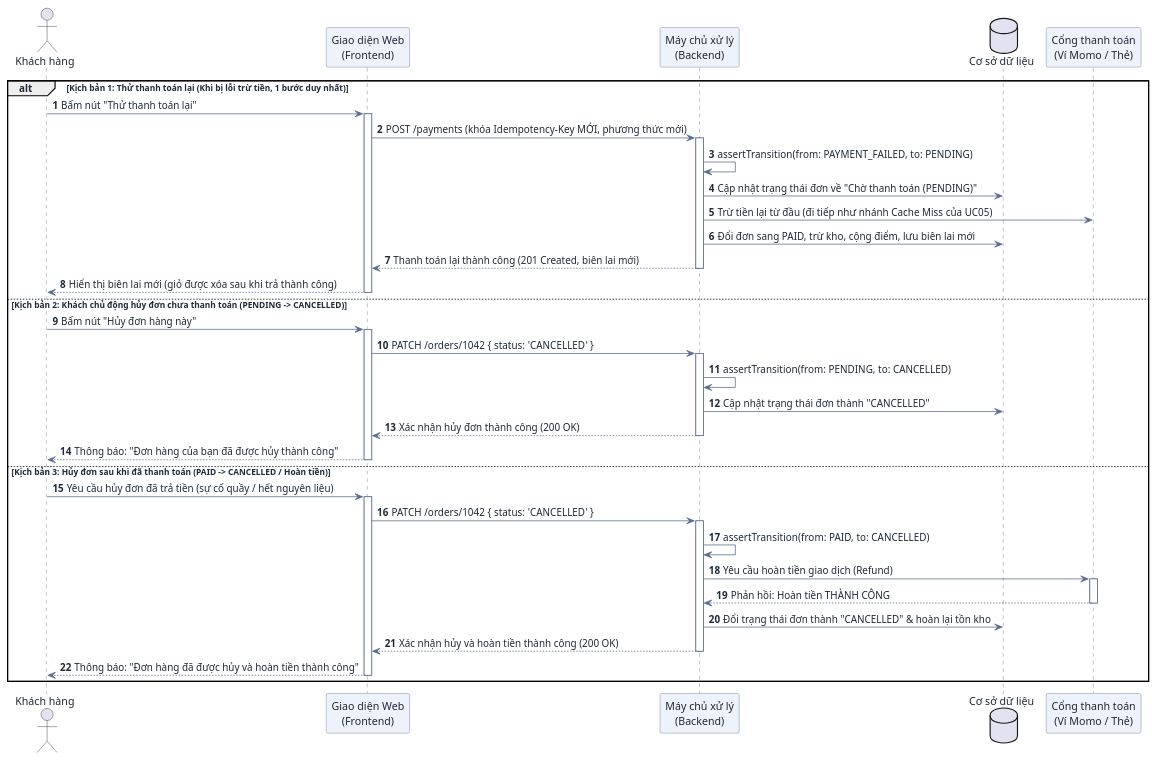
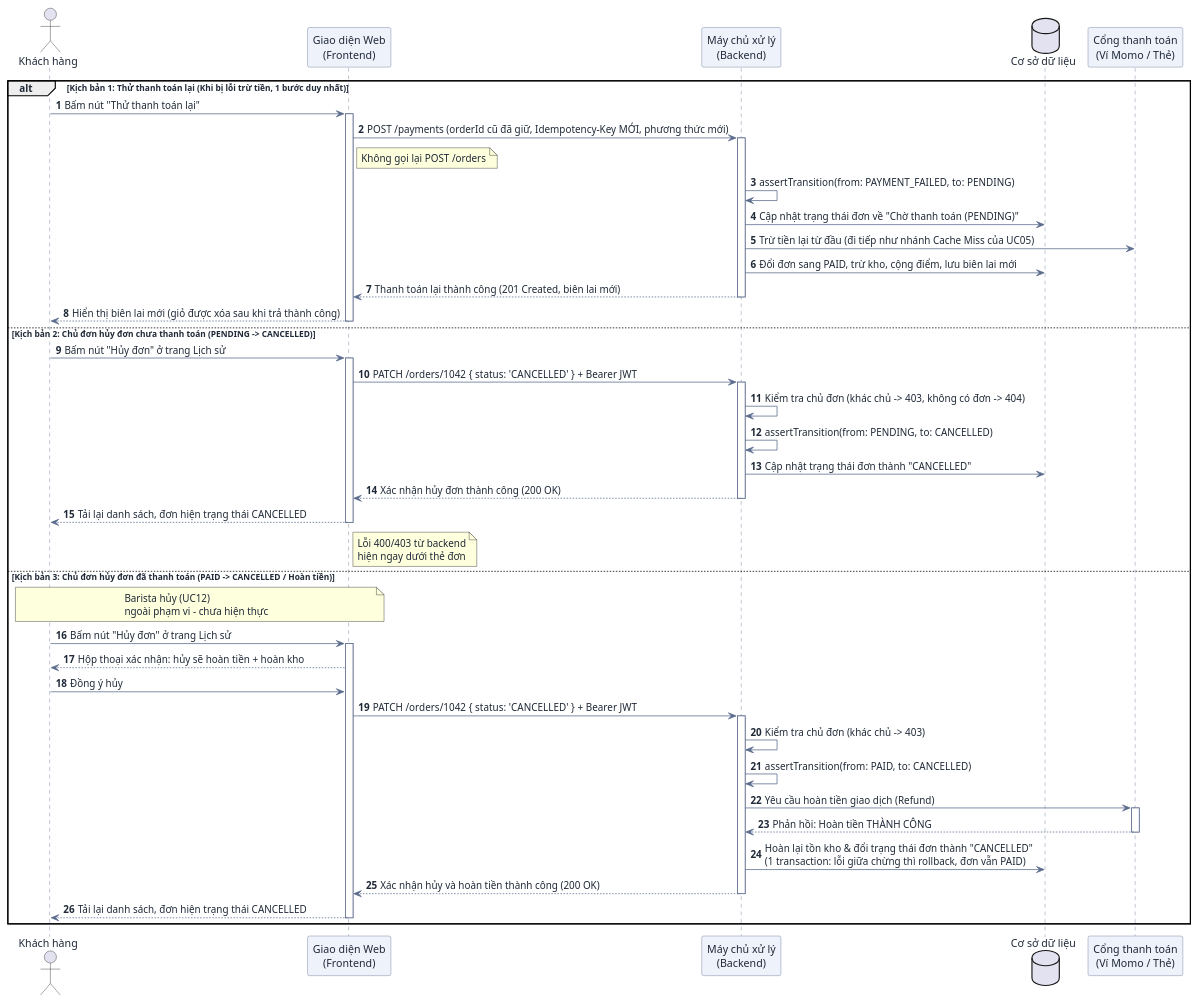
Before and after one commit to DuVinhLoi/BrewLite: the fifth of 6 diagrams in docs/user-sequence-specifications.md, drawn with PlantUML. The commit also changed other lines of this file and 2 other files, not shown here.

First line of the commit message:
docs: sync use case + sequence specs and status report with code

````diff
--- a/docs/user-sequence-specifications.md
+++ b/docs/user-sequence-specifications.md
@@ -374,59 +443,66 @@
 ```plantuml
 @startuml
 skinparam DefaultFontColor #1f2937
 skinparam ArrowColor #5b6b8c
 skinparam SequenceParticipantBackgroundColor #eef2fb
 skinparam SequenceParticipantBorderColor #5b6b8c
 skinparam SequenceLifeLineBorderColor #5b6b8c
 
 autonumber
 actor "Khách hàng" as User
 participant "Giao diện Web\n(Frontend)" as FE
 participant "Máy chủ xử lý\n(Backend)" as BE
 database "Cơ sở dữ liệu" as DB
 participant "Cổng thanh toán\n(Ví Momo / Thẻ)" as Gateway
 
 alt Kịch bản 1: Thử thanh toán lại (Khi bị lỗi trừ tiền, 1 bước duy nhất)
     User -> FE : Bấm nút "Thử thanh toán lại"
     activate FE
-    FE -> BE : POST /payments (khóa Idempotency-Key MỚI, phương thức mới)
+    FE -> BE : POST /payments (orderId cũ đã giữ, Idempotency-Key MỚI, phương thức mới)
+    note right of FE : Không gọi lại POST /orders
     activate BE
     BE -> BE : assertTransition(from: PAYMENT_FAILED, to: PENDING)
     BE -> DB : Cập nhật trạng thái đơn về "Chờ thanh toán (PENDING)"
     BE -> Gateway : Trừ tiền lại từ đầu (đi tiếp như nhánh Cache Miss của UC05)
     BE -> DB : Đổi đơn sang PAID, trừ kho, cộng điểm, lưu biên lai mới
     BE --> FE : Thanh toán lại thành công (201 Created, biên lai mới)
     deactivate BE
     FE --> User : Hiển thị biên lai mới (giỏ được xóa sau khi trả thành công)
     deactivate FE
 
-else Kịch bản 2: Khách chủ động hủy đơn chưa thanh toán (PENDING -> CANCELLED)
-    User -> FE : Bấm nút "Hủy đơn hàng này"
+else Kịch bản 2: Chủ đơn hủy đơn chưa thanh toán (PENDING -> CANCELLED)
+    User -> FE : Bấm nút "Hủy đơn" ở trang Lịch sử
     activate FE
-    FE -> BE : PATCH /orders/1042 { status: 'CANCELLED' }
+    FE -> BE : PATCH /orders/1042 { status: 'CANCELLED' } + Bearer JWT
     activate BE
+    BE -> BE : Kiểm tra chủ đơn (khác chủ -> 403, không có đơn -> 404)
     BE -> BE : assertTransition(from: PENDING, to: CANCELLED)
     BE -> DB : Cập nhật trạng thái đơn thành "CANCELLED"
     BE --> FE : Xác nhận hủy đơn thành công (200 OK)
     deactivate BE
-    FE --> User : Thông báo: "Đơn hàng của bạn đã được hủy thành công"
+    FE --> User : Tải lại danh sách, đơn hiện trạng thái CANCELLED
+    note right of FE : Lỗi 400/403 từ backend\nhiện ngay dưới thẻ đơn
     deactivate FE
 
-else Kịch bản 3: Hủy đơn sau khi đã thanh toán (PAID -> CANCELLED / Hoàn tiền)
-    User -> FE : Yêu cầu hủy đơn đã trả tiền (sự cố quầy / hết nguyên liệu)
+else Kịch bản 3: Chủ đơn hủy đơn đã thanh toán (PAID -> CANCELLED / Hoàn tiền)
+    note over User, FE : Barista hủy (UC12)\nngoài phạm vi - chưa hiện thực
+    User -> FE : Bấm nút "Hủy đơn" ở trang Lịch sử
     activate FE
-    FE -> BE : PATCH /orders/1042 { status: 'CANCELLED' }
+    FE --> User : Hộp thoại xác nhận: hủy sẽ hoàn tiền + hoàn kho
+    User -> FE : Đồng ý hủy
+    FE -> BE : PATCH /orders/1042 { status: 'CANCELLED' } + Bearer JWT
     activate BE
+    BE -> BE : Kiểm tra chủ đơn (khác chủ -> 403)
     BE -> BE : assertTransition(from: PAID, to: CANCELLED)
     BE -> Gateway : Yêu cầu hoàn tiền giao dịch (Refund)
     activate Gateway
     Gateway --> BE : Phản hồi: Hoàn tiền THÀNH CÔNG
     deactivate Gateway
-    BE -> DB : Đổi trạng thái đơn thành "CANCELLED" & hoàn lại tồn kho
+    BE -> DB : Hoàn lại tồn kho & đổi trạng thái đơn thành "CANCELLED"\n(1 transaction: lỗi giữa chừng thì rollback, đơn vẫn PAID)
     BE --> FE : Xác nhận hủy và hoàn tiền thành công (200 OK)
     deactivate BE
-    FE --> User : Thông báo: "Đơn hàng đã được hủy và hoàn tiền thành công"
+    FE --> User : Tải lại danh sách, đơn hiện trạng thái CANCELLED
     deactivate FE
 end
 @enduml
 ```
````
